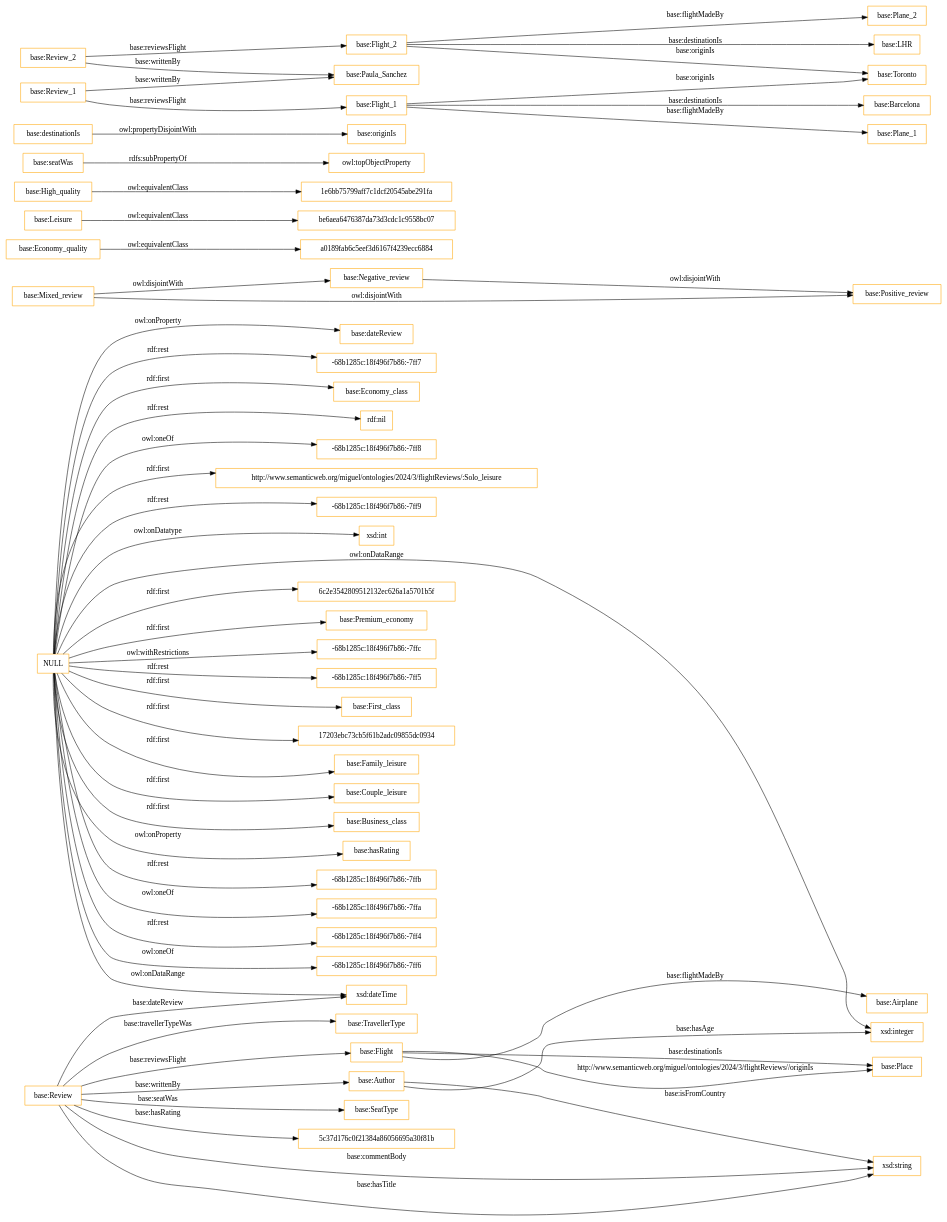
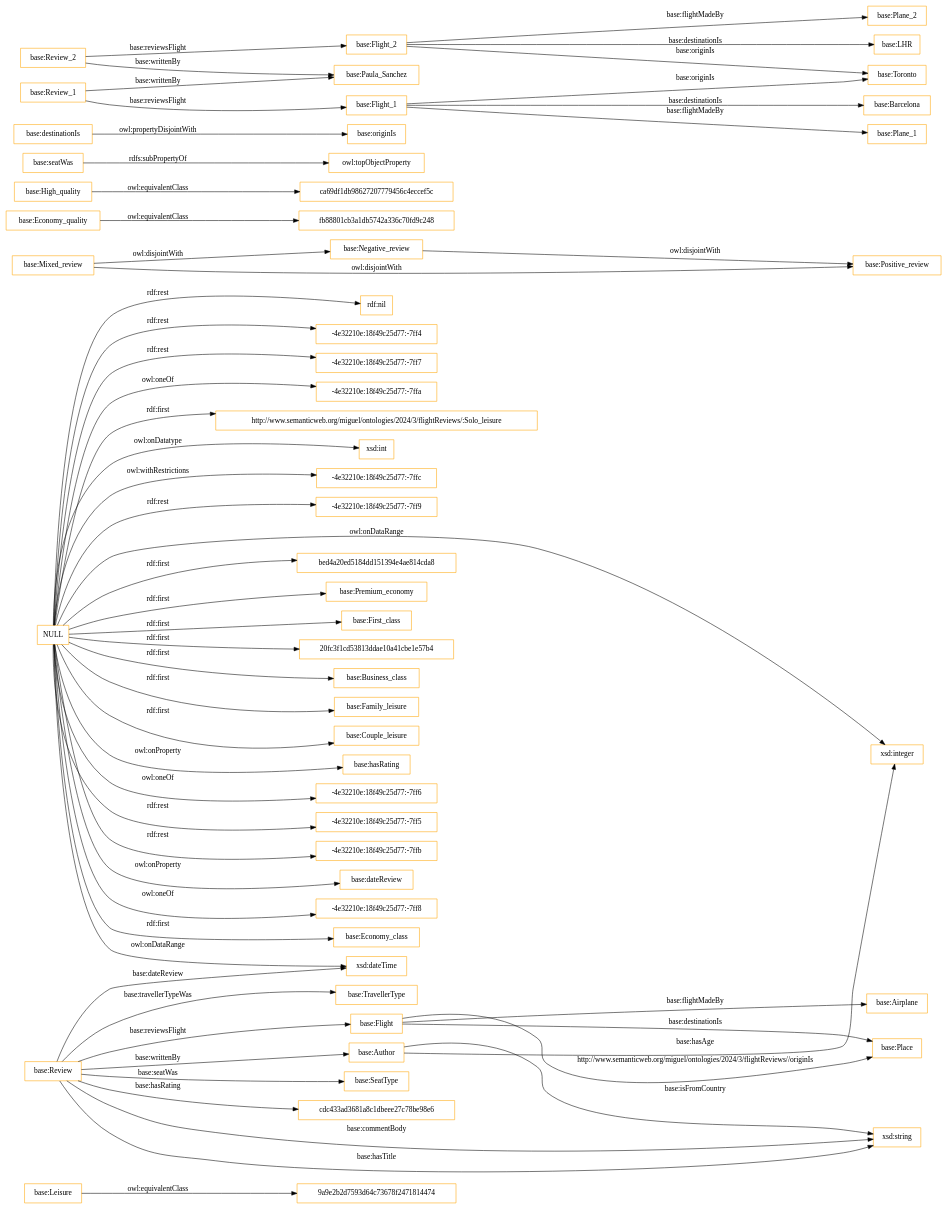
The diagram in OnToology/ontology.ttl/diagrams/ar2dtool-class/ontology.ttl.png.dot (MigueldSPallares/FlightReviews), drawn with Graphviz before and after one commit. The commit also changed 2 other files, not shown here.

```diff
--- a/OnToology/ontology.ttl/diagrams/ar2dtool-class/ontology.ttl.png.dot
+++ b/OnToology/ontology.ttl/diagrams/ar2dtool-class/ontology.ttl.png.dot
@@ -1,61 +1,61 @@
 digraph ar2dtool_diagram { 
 rankdir=LR;
 size="1501"
-node [shape = rectangle, color="orange"]; "base:TravellerType" "base:Place" "base:Flight" "base:Negative_review" "base:Author" "base:Economy_quality" "base:SeatType" "base:Mixed_review" "base:Leisure" "a0189fab6c5eef3d6167f4239ecc6884" "base:Review" "be6aea6476387da73d3cdc1c9558bc07" "base:High_quality" "base:Positive_review" "base:Airplane" "1e6bb75799aff7c1dcf20545abe291fa" ; /*classes style*/
-	"NULL" -> "6c2e3542809512132ec626a1a5701b5f" [ label = "rdf:first" ];
+node [shape = rectangle, color="orange"]; "9a9e2b2d7593d64c73678f2471814474" "base:TravellerType" "base:Place" "base:Flight" "base:Negative_review" "base:Author" "fb88801cb3a1db5742a336c70fd9c248" "base:Economy_quality" "ca69df1db98627207779456c4eccef5c" "base:SeatType" "base:Mixed_review" "base:Leisure" "base:Review" "base:High_quality" "base:Positive_review" "base:Airplane" ; /*classes style*/
+	"NULL" -> "bed4a20ed5184dd151394e4ae814cda8" [ label = "rdf:first" ];
 	"NULL" -> "base:Premium_economy" [ label = "rdf:first" ];
-	"NULL" -> "-68b1285c:18f496f7b86:-7ffc" [ label = "owl:withRestrictions" ];
-	"NULL" -> "-68b1285c:18f496f7b86:-7ff5" [ label = "rdf:rest" ];
 	"NULL" -> "base:First_class" [ label = "rdf:first" ];
-	"NULL" -> "17203ebc73cb5f61b2adc09855dc0934" [ label = "rdf:first" ];
+	"NULL" -> "20fc3f1cd53813ddae10a41cbe1e57b4" [ label = "rdf:first" ];
+	"NULL" -> "base:Business_class" [ label = "rdf:first" ];
 	"NULL" -> "base:Family_leisure" [ label = "rdf:first" ];
 	"NULL" -> "base:Couple_leisure" [ label = "rdf:first" ];
-	"NULL" -> "base:Business_class" [ label = "rdf:first" ];
 	"NULL" -> "base:hasRating" [ label = "owl:onProperty" ];
-	"NULL" -> "-68b1285c:18f496f7b86:-7ffb" [ label = "rdf:rest" ];
+	"NULL" -> "-4e32210e:18f49c25d77:-7ff6" [ label = "owl:oneOf" ];
 	"NULL" -> "xsd:integer" [ label = "owl:onDataRange" ];
 	"NULL" -> "xsd:dateTime" [ label = "owl:onDataRange" ];
-	"NULL" -> "-68b1285c:18f496f7b86:-7ffa" [ label = "owl:oneOf" ];
-	"NULL" -> "-68b1285c:18f496f7b86:-7ff4" [ label = "rdf:rest" ];
-	"NULL" -> "-68b1285c:18f496f7b86:-7ff6" [ label = "owl:oneOf" ];
+	"NULL" -> "-4e32210e:18f49c25d77:-7ff5" [ label = "rdf:rest" ];
+	"NULL" -> "-4e32210e:18f49c25d77:-7ffb" [ label = "rdf:rest" ];
 	"NULL" -> "base:dateReview" [ label = "owl:onProperty" ];
-	"NULL" -> "-68b1285c:18f496f7b86:-7ff7" [ label = "rdf:rest" ];
+	"NULL" -> "-4e32210e:18f49c25d77:-7ff8" [ label = "owl:oneOf" ];
 	"NULL" -> "base:Economy_class" [ label = "rdf:first" ];
 	"NULL" -> "rdf:nil" [ label = "rdf:rest" ];
-	"NULL" -> "-68b1285c:18f496f7b86:-7ff8" [ label = "owl:oneOf" ];
+	"NULL" -> "-4e32210e:18f49c25d77:-7ff4" [ label = "rdf:rest" ];
+	"NULL" -> "-4e32210e:18f49c25d77:-7ff7" [ label = "rdf:rest" ];
+	"NULL" -> "-4e32210e:18f49c25d77:-7ffa" [ label = "owl:oneOf" ];
 	"NULL" -> "http://www.semanticweb.org/miguel/ontologies/2024/3/flightReviews/:Solo_leisure" [ label = "rdf:first" ];
-	"NULL" -> "-68b1285c:18f496f7b86:-7ff9" [ label = "rdf:rest" ];
 	"NULL" -> "xsd:int" [ label = "owl:onDatatype" ];
+	"NULL" -> "-4e32210e:18f49c25d77:-7ffc" [ label = "owl:withRestrictions" ];
+	"NULL" -> "-4e32210e:18f49c25d77:-7ff9" [ label = "rdf:rest" ];
 	"base:seatWas" -> "owl:topObjectProperty" [ label = "rdfs:subPropertyOf" ];
 	"base:destinationIs" -> "base:originIs" [ label = "owl:propertyDisjointWith" ];
 	"base:Review_2" -> "base:Paula_Sanchez" [ label = "base:writtenBy" ];
 	"base:Review_2" -> "base:Flight_2" [ label = "base:reviewsFlight" ];
 	"base:Flight_2" -> "base:Toronto" [ label = "base:originIs" ];
 	"base:Flight_2" -> "base:Plane_2" [ label = "base:flightMadeBy" ];
 	"base:Flight_2" -> "base:LHR" [ label = "base:destinationIs" ];
-	"base:Economy_quality" -> "a0189fab6c5eef3d6167f4239ecc6884" [ label = "owl:equivalentClass" ];
+	"base:Economy_quality" -> "fb88801cb3a1db5742a336c70fd9c248" [ label = "owl:equivalentClass" ];
 	"base:Review_1" -> "base:Paula_Sanchez" [ label = "base:writtenBy" ];
 	"base:Review_1" -> "base:Flight_1" [ label = "base:reviewsFlight" ];
-	"base:High_quality" -> "1e6bb75799aff7c1dcf20545abe291fa" [ label = "owl:equivalentClass" ];
+	"base:High_quality" -> "ca69df1db98627207779456c4eccef5c" [ label = "owl:equivalentClass" ];
 	"base:Flight_1" -> "base:Toronto" [ label = "base:originIs" ];
 	"base:Flight_1" -> "base:Plane_1" [ label = "base:flightMadeBy" ];
 	"base:Flight_1" -> "base:Barcelona" [ label = "base:destinationIs" ];
-	"base:Leisure" -> "be6aea6476387da73d3cdc1c9558bc07" [ label = "owl:equivalentClass" ];
+	"base:Leisure" -> "9a9e2b2d7593d64c73678f2471814474" [ label = "owl:equivalentClass" ];
 	"base:Mixed_review" -> "base:Positive_review" [ label = "owl:disjointWith" ];
 	"base:Mixed_review" -> "base:Negative_review" [ label = "owl:disjointWith" ];
 	"base:Negative_review" -> "base:Positive_review" [ label = "owl:disjointWith" ];
 	"base:Flight" -> "base:Airplane" [ label = "base:flightMadeBy" ];
 	"base:Flight" -> "base:Place" [ label = "http://www.semanticweb.org/miguel/ontologies/2024/3/flightReviews//originIs" ];
 	"base:Review" -> "base:Author" [ label = "base:writtenBy" ];
 	"base:Review" -> "base:TravellerType" [ label = "base:travellerTypeWas" ];
 	"base:Review" -> "base:Flight" [ label = "base:reviewsFlight" ];
 	"base:Review" -> "xsd:string" [ label = "base:commentBody" ];
-	"base:Review" -> "5c37d176c0f21384a86056695a30f81b" [ label = "base:hasRating" ];
+	"base:Review" -> "cdc433ad3681a8c1dbeee27c78be98e6" [ label = "base:hasRating" ];
 	"base:Review" -> "base:SeatType" [ label = "base:seatWas" ];
 	"base:Flight" -> "base:Place" [ label = "base:destinationIs" ];
 	"base:Review" -> "xsd:string" [ label = "base:hasTitle" ];
 	"base:Review" -> "xsd:dateTime" [ label = "base:dateReview" ];
 	"base:Author" -> "xsd:string" [ label = "base:isFromCountry" ];
 	"base:Author" -> "xsd:integer" [ label = "base:hasAge" ];
 
 }
```
